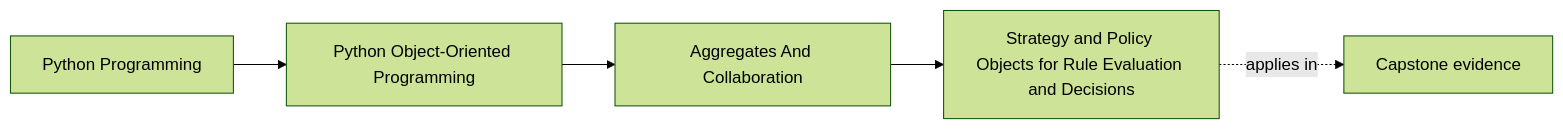
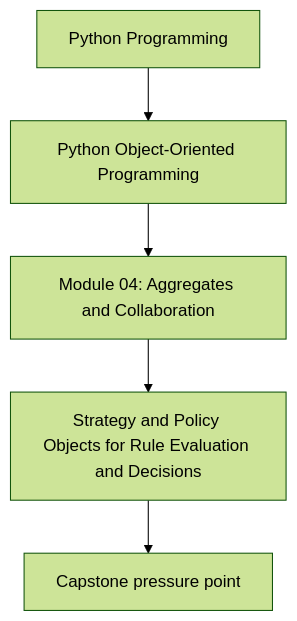
One commit to bijux/bijux-masterclass changed the first of 2 diagrams in programs/python-programming/python-object-oriented-programming/course-book/module-04-aggregates-and-collaboration/strategy-and-policy-objects.md. Above: the diagram before and after it, drawn with Mermaid (forest theme). The commit also changed other lines of this file and 107 other files, not shown here.

Commit message:
docs(python-object-oriented-programming): align concept page diagrams

````diff
--- a/programs/python-programming/python-object-oriented-programming/course-book/module-04-aggregates-and-collaboration/strategy-and-policy-objects.md
+++ b/programs/python-programming/python-object-oriented-programming/course-book/module-04-aggregates-and-collaboration/strategy-and-policy-objects.md
@@ -7,11 +7,7 @@
 ```mermaid
-graph LR
-  family["Python Programming"]
-  program["Python Object-Oriented Programming"]
-  section["Aggregates And Collaboration"]
-  page["Strategy and Policy Objects for Rule Evaluation and Decisions"]
-  capstone["Capstone evidence"]
-
-  family --> program --> section --> page
-  page -.applies in.-> capstone
+flowchart TD
+  family["Python Programming"] --> program["Python Object-Oriented Programming"]
+  program --> module["Module 04: Aggregates and Collaboration"]
+  module --> concept["Strategy and Policy Objects for Rule Evaluation and Decisions"]
+  concept --> capstone["Capstone pressure point"]
 ```
````
